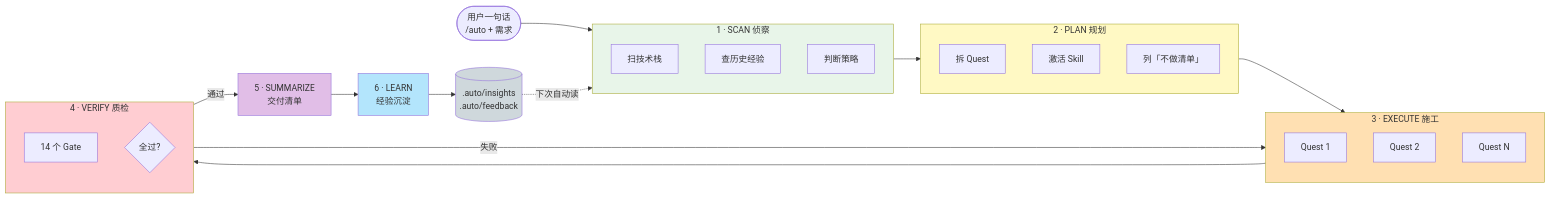
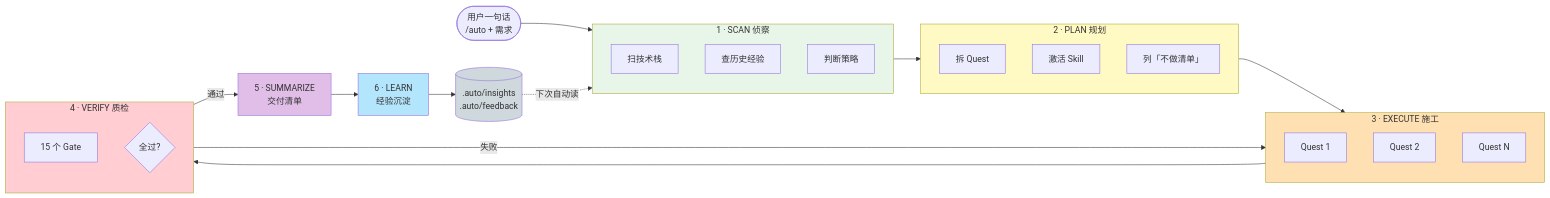
Before and after one commit to ktyyer/auto-cli: the diagram in README.md, drawn with Mermaid. The commit also changed other lines of this file and 11 other files, not shown here.

````diff
--- a/README.md
+++ b/README.md
@@ -123,46 +123,46 @@
 ```mermaid
 flowchart LR
     USER([用户一句话<br/>/auto + 需求])
     USER --> SCAN
 
     subgraph SCAN[1 · SCAN 侦察]
         S1[扫技术栈]
         S2[查历史经验]
         S3[判断策略]
     end
 
     subgraph PLAN[2 · PLAN 规划]
         P1[拆 Quest]
         P2[激活 Skill]
         P3[列「不做清单」]
     end
 
     subgraph EXEC[3 · EXECUTE 施工]
         E1[Quest 1]
         E2[Quest 2]
         E3[Quest N]
     end
 
     subgraph VERIFY[4 · VERIFY 质检]
-        V1[14 个 Gate]
+        V1[15 个 Gate]
         V2{全过?}
     end
 
     SUM[5 · SUMMARIZE<br/>交付清单]
     LEARN[6 · LEARN<br/>经验沉淀]
     MEM[(.auto/insights<br/>.auto/feedback)]
 
     SCAN --> PLAN --> EXEC --> VERIFY
     VERIFY -- 失败 --> EXEC
     VERIFY -- 通过 --> SUM --> LEARN
     LEARN --> MEM
     MEM -. 下次自动读 .-> SCAN
 
     style SCAN fill:#e8f5e9
     style PLAN fill:#fff9c4
     style EXEC fill:#ffe0b2
     style VERIFY fill:#ffcdd2
     style SUM fill:#e1bee7
     style LEARN fill:#b3e5fc
     style MEM fill:#cfd8dc
 ```
````
